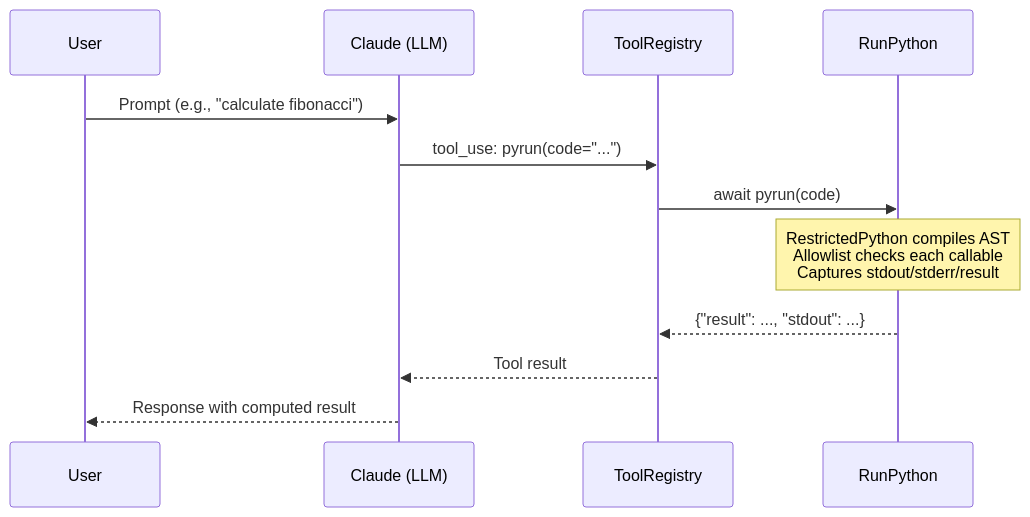
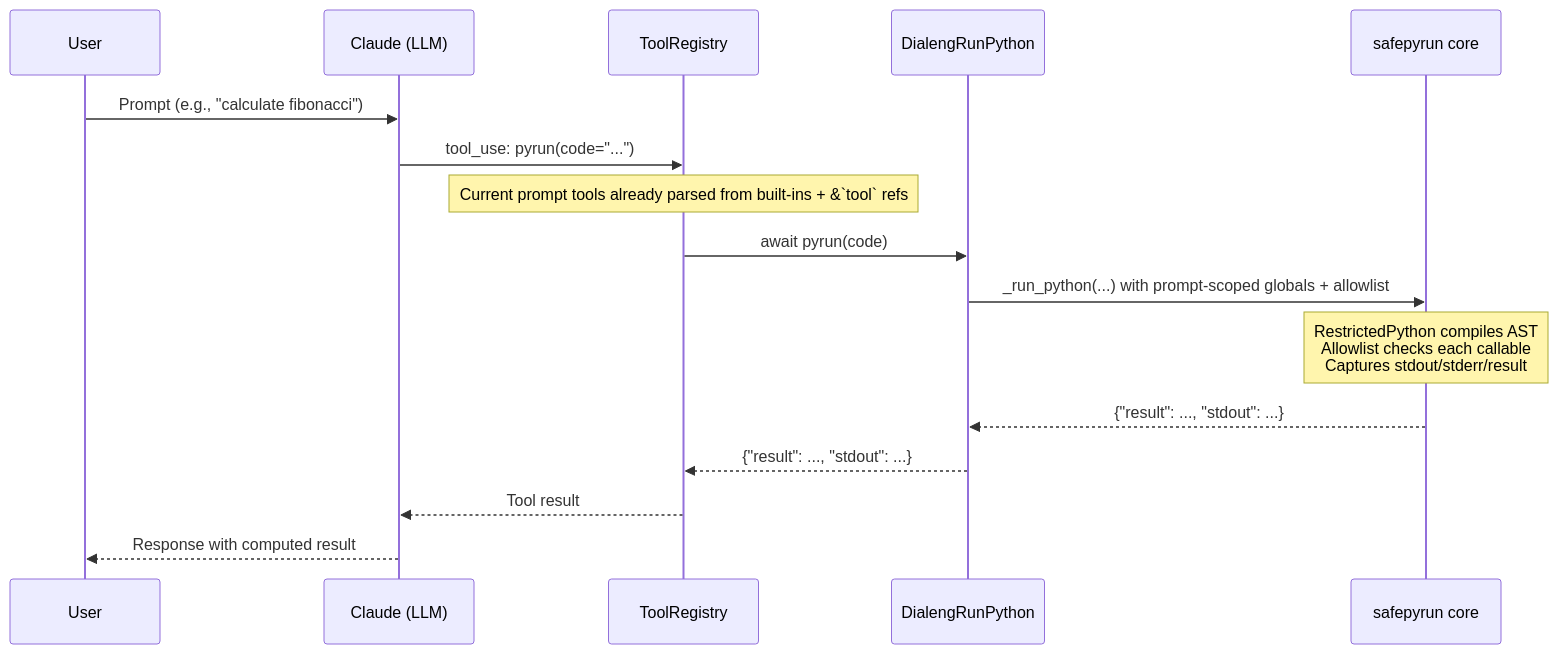
The first of 4 diagrams in docs/how_it_works/18_safepyrun_integration.md (sgaseretto/solveish), drawn with Mermaid before and after one commit. The commit also changed other lines of this file and 32 other files, not shown here.

First line of the commit message:
Improve prompt-cell tooling and pyrun CodeAct flows (#29)

````diff
--- a/docs/how_it_works/18_safepyrun_integration.md
+++ b/docs/how_it_works/18_safepyrun_integration.md
@@ -7,15 +7,19 @@
 ```mermaid
 sequenceDiagram
     participant User
     participant LLM as Claude (LLM)
     participant Registry as ToolRegistry
-    participant PyRun as RunPython
+    participant PyRun as DialengRunPython
+    participant Core as safepyrun core
 
     User->>LLM: Prompt (e.g., "calculate fibonacci")
     LLM->>Registry: tool_use: pyrun(code="...")
+    Note over Registry: Current prompt tools already parsed from built-ins + &`tool` refs
     Registry->>PyRun: await pyrun(code)
-    Note over PyRun: RestrictedPython compiles AST<br/>Allowlist checks each callable<br/>Captures stdout/stderr/result
+    PyRun->>Core: _run_python(...) with prompt-scoped globals + allowlist
+    Note over Core: RestrictedPython compiles AST<br/>Allowlist checks each callable<br/>Captures stdout/stderr/result
+    Core-->>PyRun: {"result": ..., "stdout": ...}
     PyRun-->>Registry: {"result": ..., "stdout": ...}
     Registry-->>LLM: Tool result
     LLM-->>User: Response with computed result
 ```
````
